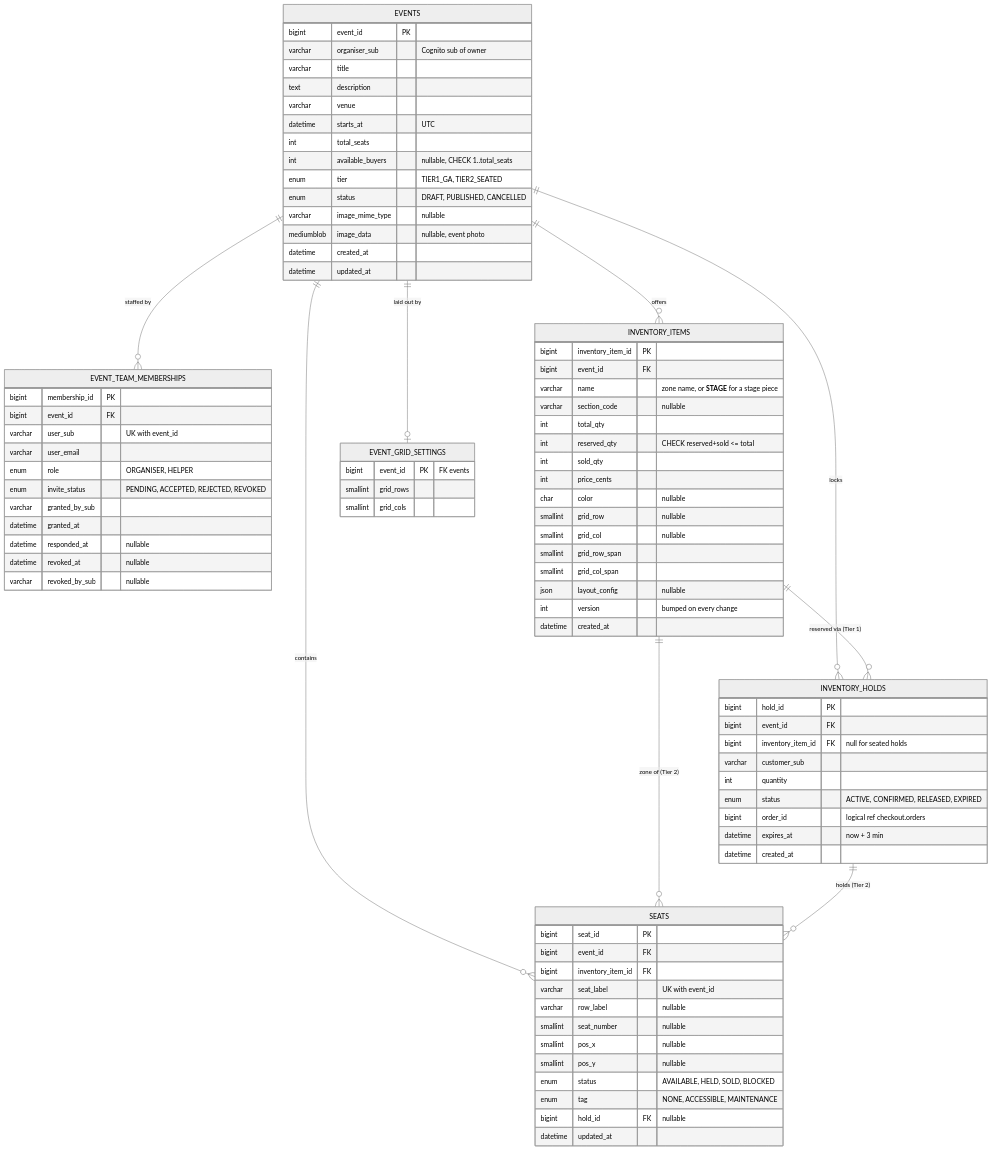
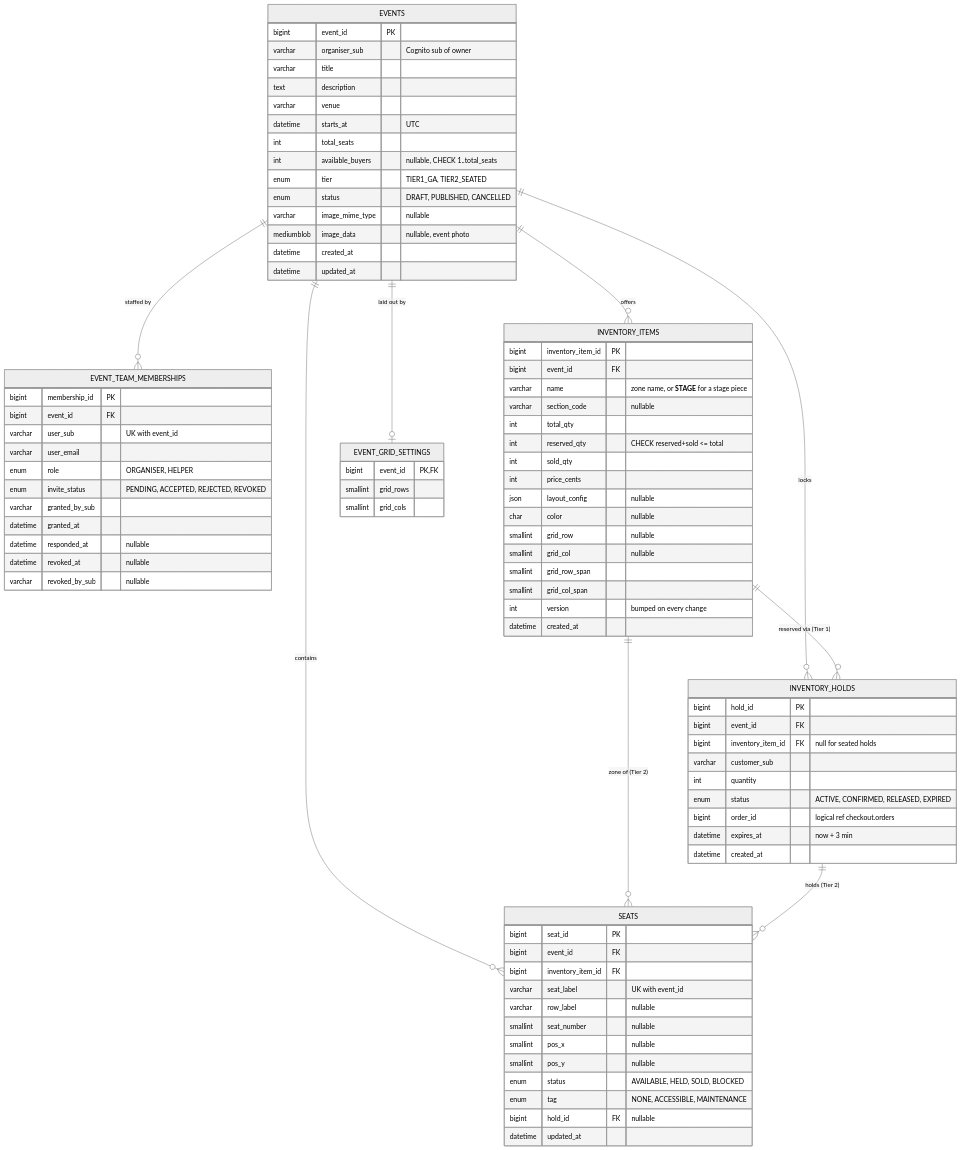
One commit to nus-mtech-grp1-sem2/docs changed the diagram in diagrams/src/09-erd-event-inventory.mmd. Above: the diagram before and after it, drawn with Mermaid (neutral theme). The commit also changed 5 other files, not shown here.

First line of the commit message:
docs: refresh ERDs against the live database and add a whole-database ERD

```diff
--- a/diagrams/src/09-erd-event-inventory.mmd
+++ b/diagrams/src/09-erd-event-inventory.mmd
@@ -1,88 +1,88 @@
 %% Figure: event_inventory schema, as built (checked against the live database, 2026-10-05; migrations to 19). Owned by the event and inventory services.
 erDiagram
     EVENTS ||--o{ EVENT_TEAM_MEMBERSHIPS : "staffed by"
     EVENTS ||--o{ INVENTORY_ITEMS : offers
     EVENTS ||--o{ SEATS : contains
     EVENTS ||--o{ INVENTORY_HOLDS : locks
     EVENTS ||--o| EVENT_GRID_SETTINGS : "laid out by"
     INVENTORY_ITEMS ||--o{ SEATS : "zone of (Tier 2)"
     INVENTORY_ITEMS ||--o{ INVENTORY_HOLDS : "reserved via (Tier 1)"
     INVENTORY_HOLDS ||--o{ SEATS : "holds (Tier 2)"
 
     EVENTS {
         bigint event_id PK
         varchar organiser_sub "Cognito sub of owner"
         varchar title
         text description
         varchar venue
         datetime starts_at "UTC"
         int total_seats
         int available_buyers "nullable, CHECK 1..total_seats"
         enum tier "TIER1_GA, TIER2_SEATED"
         enum status "DRAFT, PUBLISHED, CANCELLED"
         varchar image_mime_type "nullable"
         mediumblob image_data "nullable, event photo"
         datetime created_at
         datetime updated_at
     }
     EVENT_TEAM_MEMBERSHIPS {
         bigint membership_id PK
         bigint event_id FK
         varchar user_sub "UK with event_id"
         varchar user_email
         enum role "ORGANISER, HELPER"
         enum invite_status "PENDING, ACCEPTED, REJECTED, REVOKED"
         varchar granted_by_sub
         datetime granted_at
         datetime responded_at "nullable"
         datetime revoked_at "nullable"
         varchar revoked_by_sub "nullable"
     }
     INVENTORY_ITEMS {
         bigint inventory_item_id PK
         bigint event_id FK
         varchar name "zone name, or __STAGE__ for a stage piece"
         varchar section_code "nullable"
         int total_qty
         int reserved_qty "CHECK reserved+sold <= total"
         int sold_qty
         int price_cents
+        json layout_config "nullable"
         char color "nullable"
         smallint grid_row "nullable"
         smallint grid_col "nullable"
         smallint grid_row_span
         smallint grid_col_span
-        json layout_config "nullable"
         int version "bumped on every change"
         datetime created_at
     }
     SEATS {
         bigint seat_id PK
         bigint event_id FK
         bigint inventory_item_id FK
         varchar seat_label "UK with event_id"
         varchar row_label "nullable"
         smallint seat_number "nullable"
         smallint pos_x "nullable"
         smallint pos_y "nullable"
         enum status "AVAILABLE, HELD, SOLD, BLOCKED"
         enum tag "NONE, ACCESSIBLE, MAINTENANCE"
         bigint hold_id FK "nullable"
         datetime updated_at
     }
     INVENTORY_HOLDS {
         bigint hold_id PK
         bigint event_id FK
         bigint inventory_item_id FK "null for seated holds"
         varchar customer_sub
         int quantity
         enum status "ACTIVE, CONFIRMED, RELEASED, EXPIRED"
         bigint order_id "logical ref checkout.orders"
         datetime expires_at "now + 3 min"
         datetime created_at
     }
     EVENT_GRID_SETTINGS {
-        bigint event_id PK "FK events"
+        bigint event_id PK, FK
         smallint grid_rows
         smallint grid_cols
     }
```
